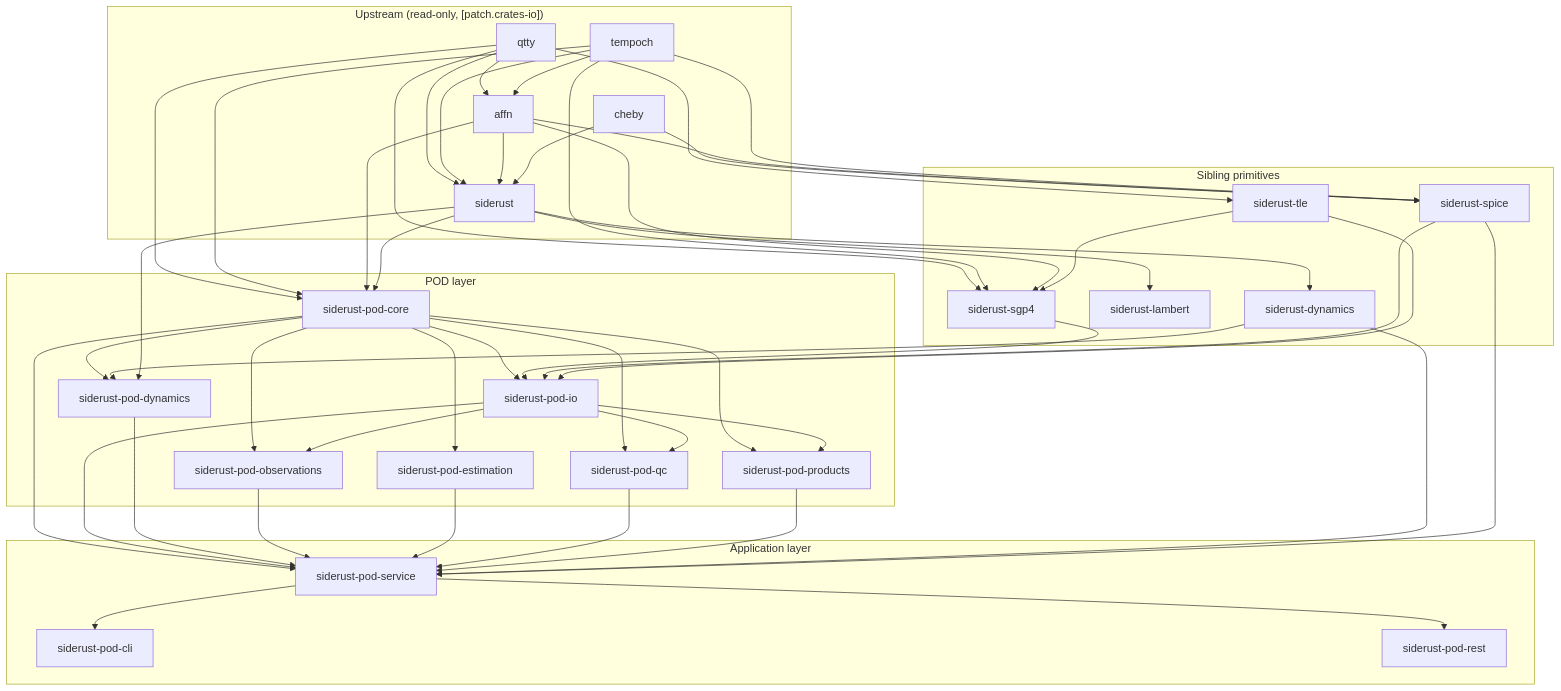
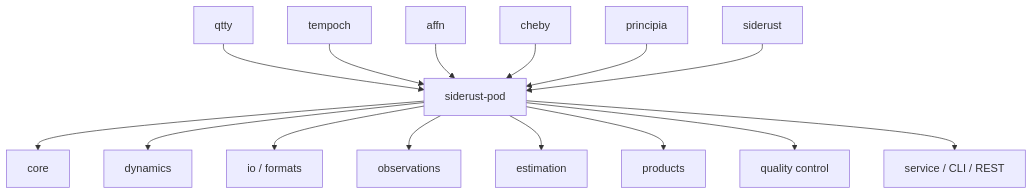
One commit to Siderust/siderust-pod changed the first of 2 diagrams in docs/architecture/overview.md. Above: the diagram before and after it, drawn with Mermaid. The commit also changed other lines of this file and 46 other files, not shown here.

````diff
--- a/docs/architecture/overview.md
+++ b/docs/architecture/overview.md
@@ -28,99 +16,18 @@
 ```mermaid
 flowchart TD
-    %% Upstream foundations
-    subgraph Upstream["Upstream (read-only, [patch.crates-io])"]
-        QTTY[qtty]
-        TEMPOCH[tempoch]
-        AFFN[affn]
-        CHEBY[cheby]
-        SIDERUST[siderust]
-    end
+    QTTY[qtty] --> POD[siderust-pod]
+    TEMPOCH[tempoch] --> POD
+    AFFN[affn] --> POD
+    CHEBY[cheby] --> POD
+    PRINCIPIA[principia] --> POD
+    SIDERUST[siderust] --> POD
 
-    %% Sibling primitives
-    subgraph Siblings["Sibling primitives"]
-        DYN[siderust-dynamics]
-        LAMB[siderust-lambert]
-        SGP4[siderust-sgp4]
-        SPICE[siderust-spice]
-        TLE[siderust-tle]
-    end
-
-    %% POD layer
-    subgraph PodLayer["POD layer"]
-        CORE[siderust-pod-core]
-        IO[siderust-pod-io]
-        PDYN[siderust-pod-dynamics]
-        OBS[siderust-pod-observations]
-        EST[siderust-pod-estimation]
-        QC[siderust-pod-qc]
-        PROD[siderust-pod-products]
-    end
-
-    %% Application layer
-    subgraph App["Application layer"]
-        SVC[siderust-pod-service]
-        CLI[siderust-pod-cli]
-        REST[siderust-pod-rest]
-    end
-
-    %% Upstream edges
-    QTTY --> AFFN
-    TEMPOCH --> AFFN
-    QTTY --> SIDERUST
-    TEMPOCH --> SIDERUST
-    AFFN --> SIDERUST
-    CHEBY --> SIDERUST
-
-    %% Sibling edges
-    SIDERUST --> DYN
-    SIDERUST --> LAMB
-    QTTY --> SGP4
-    TEMPOCH --> SGP4
-    AFFN --> SGP4
-    TLE --> SGP4
-    CHEBY --> SPICE
-    AFFN --> SPICE
-    TEMPOCH --> SPICE
-    QTTY --> TLE
-
-    %% POD core depends on upstream + siderust
-    QTTY --> CORE
-    TEMPOCH --> CORE
-    AFFN --> CORE
-    SIDERUST --> CORE
-
-    %% POD layer
-    CORE --> IO
-    SGP4 --> IO
-    SPICE --> IO
-    TLE --> IO
-
-    CORE --> PDYN
-    DYN --> PDYN
-    SIDERUST --> PDYN
-
-    CORE --> OBS
-    IO --> OBS
-
-    CORE --> EST
-    CORE --> QC
-    IO --> QC
-
-    CORE --> PROD
-    IO --> PROD
-
-    %% Service composes everything
-    CORE --> SVC
-    IO --> SVC
-    PDYN --> SVC
-    OBS --> SVC
-    EST --> SVC
-    QC --> SVC
-    PROD --> SVC
-    DYN --> SVC
-    SPICE --> SVC
-
-    %% Apps
-    SVC --> CLI
-    SVC --> REST
+    POD --> CORE[core]
+    POD --> DYN[dynamics]
+    POD --> IO[io / formats]
+    POD --> OBS[observations]
+    POD --> EST[estimation]
+    POD --> PROD[products]
+    POD --> QC[quality control]
+    POD --> SVC[service / CLI / REST]
 ```
````
